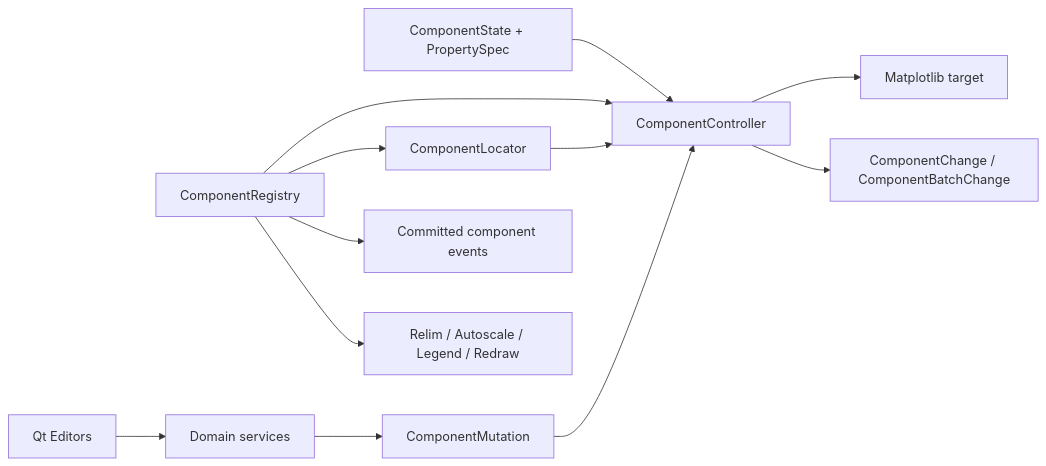
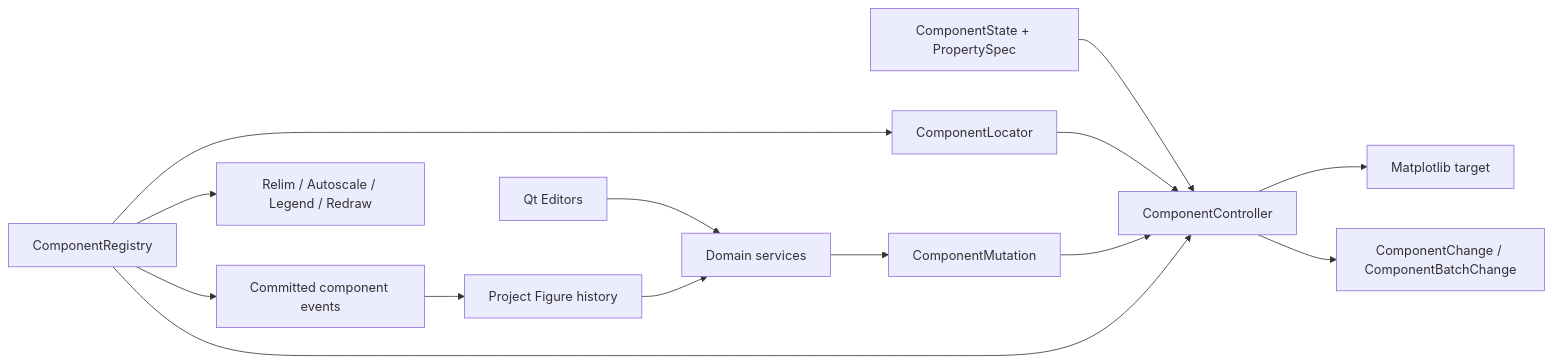
Before and after one commit to adnxuic/MyGUI: the diagram in docs/component-controllers.md, drawn with Mermaid. The commit also changed other lines of this file and 34 other files, not shown here.

First line of the commit message:
Add comprehensive tests for agent engineering and figure history functionality

````diff
--- a/docs/component-controllers.md
+++ b/docs/component-controllers.md
@@ -7,14 +7,16 @@
 ```mermaid
 flowchart LR
     State["ComponentState + PropertySpec"] --> Controller["ComponentController"]
     Locator["ComponentLocator"] --> Controller
     Controller --> Artist["Matplotlib target"]
     Mutation["ComponentMutation"] --> Controller
     Controller --> Change["ComponentChange / ComponentBatchChange"]
     Registry["ComponentRegistry"] --> Controller
     Registry --> Locator
     Registry --> Events["Committed component events"]
     Registry --> Updates["Relim / Autoscale / Legend / Redraw"]
     Services["Domain services"] --> Mutation
     Editors["Qt Editors"] --> Services
+    History["Project Figure history"] --> Services
+    Events --> History
 ```
````
